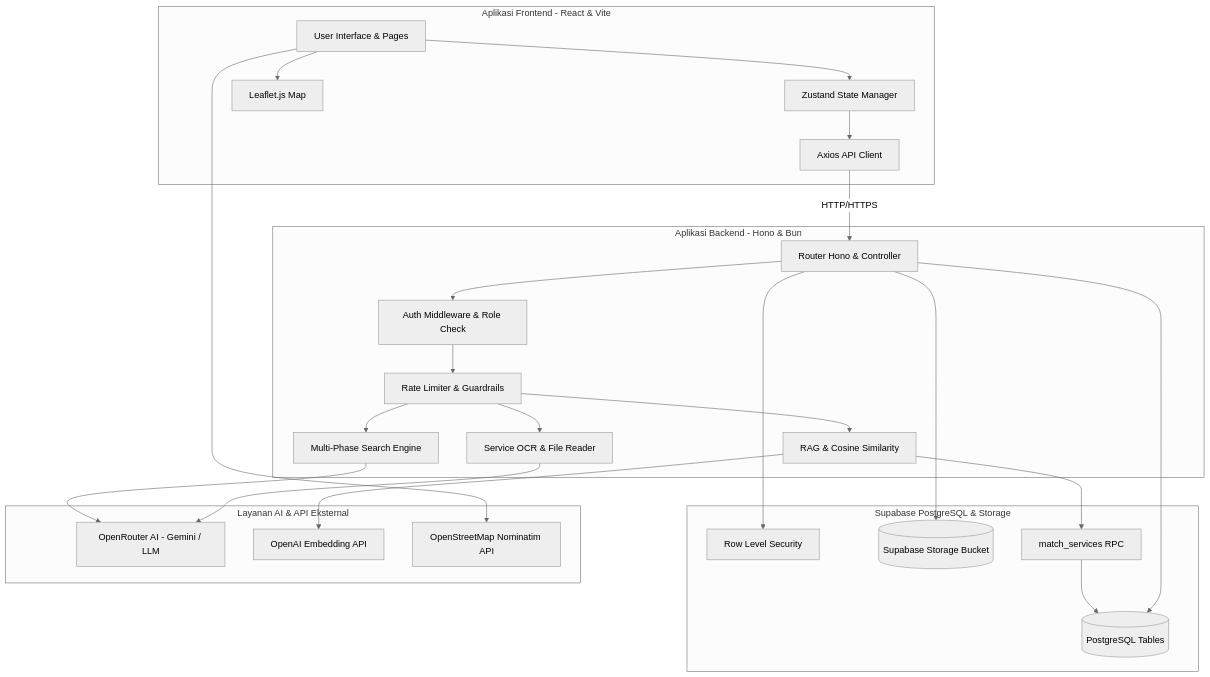
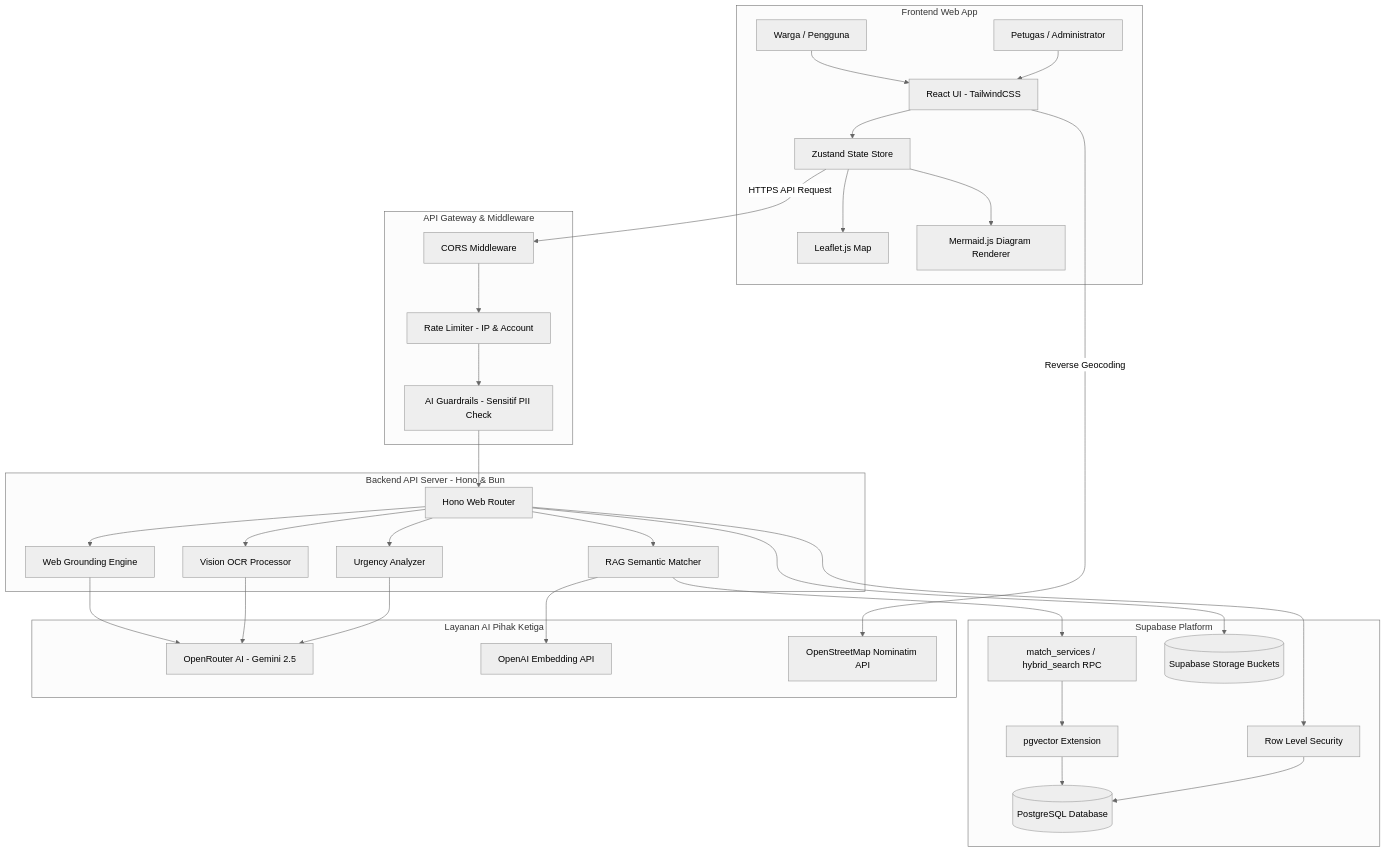
The diagram in README.md (RyukaAngga/komunitasai), drawn with Mermaid (neutral theme) before and after one commit. The commit also changed other lines of this file and 62 other files, not shown here.

````diff
--- a/README.md
+++ b/README.md
@@ -70,57 +55,69 @@
 ```mermaid
 graph TD
-    %% Frontend Layer
-    subgraph Frontend_App [Aplikasi Frontend - React & Vite]
-        UI[User Interface & Pages]
-        Store[Zustand State Manager]
-        Axios[Axios API Client]
+    %% Client Side
+    subgraph Client_Side [Frontend Web App]
+        User[Warga / Pengguna]
+        Admin[Petugas / Administrator]
+        UI[React UI - TailwindCSS]
+        Store[Zustand State Store]
         Leaflet[Leaflet.js Map]
+        Mermaid[Mermaid.js Diagram Renderer]
     end
 
-    %% Backend Layer
-    subgraph Backend_App [Aplikasi Backend - Hono & Bun]
-        Hono[Router Hono & Controller]
-        AuthMid[Auth Middleware & Role Check]
-        Limit[Rate Limiter & Guardrails]
-        RAG[RAG & Cosine Similarity]
-        OCR[Service OCR & File Reader]
-        Search[Multi-Phase Search Engine]
+    %% Network & Gateway
+    subgraph Gateway_Layer [API Gateway & Middleware]
+        Cors[CORS Middleware]
+        Limit[Rate Limiter - IP & Account]
+        Guard[AI Guardrails - Sensitif PII Check]
     end
 
-    %% Database & External Services
-    subgraph Database_Cloud [Supabase PostgreSQL & Storage]
-        DB[(PostgreSQL Tables)]
-        RLS[Row Level Security]
-        Storage[(Supabase Storage Bucket)]
-        RPC[match_services RPC]
+    %% Service API
+    subgraph App_Server [Backend API Server - Hono & Bun]
+        Hono[Hono Web Router]
+        RAG[RAG Semantic Matcher]
+        Search[Web Grounding Engine]
+        OCR[Vision OCR Processor]
+        Urgency[Urgency Analyzer]
     end
 
-    subgraph External_AI [Layanan AI & API Eksternal]
-        OpenRouter[OpenRouter AI - Gemini / LLM]
+    %% Database & Cloud Resources
+    subgraph Database_Cloud [Supabase Platform]
+        DB[(PostgreSQL Database)]
+        RLS[Row Level Security]
+        PgVector[pgvector Extension]
+        RPC[match_services / hybrid_search RPC]
+        Storage[(Supabase Storage Buckets)]
+    end
+
+    %% External AI Models
+    subgraph LLM_API [Layanan AI Pihak Ketiga]
+        OpenRouter[OpenRouter AI - Gemini 2.5]
         Embedding[OpenAI Embedding API]
         OSM[OpenStreetMap Nominatim API]
     end
 
-    %% Connections
+    %% Flow Connections
+    User & Admin --> UI
     UI --> Store
-    Store --> Axios
-    Axios -- HTTP/HTTPS --> Hono
-    Hono --> AuthMid
-    AuthMid --> Limit
-    Limit --> RAG
-    Limit --> OCR
-    Limit --> Search
-
+    Store --> Leaflet & Mermaid
+    Store -- HTTPS API Request --> Cors
+    Cors --> Limit
+    Limit --> Guard
+    Guard --> Hono
+    
+    Hono --> RAG & Search & OCR & Urgency
+    
     RAG --> Embedding
     RAG --> RPC
-    RPC --> DB
-    Hono --> DB
+    RPC --> PgVector
+    PgVector --> DB
     Hono --> RLS
+    RLS --> DB
     Hono --> Storage
     
     Search --> OpenRouter
     OCR --> OpenRouter
+    Urgency --> OpenRouter
     
-    UI --> OSM
-    UI --> Leaflet
+    UI -- Reverse Geocoding --> OSM
 ```
````
